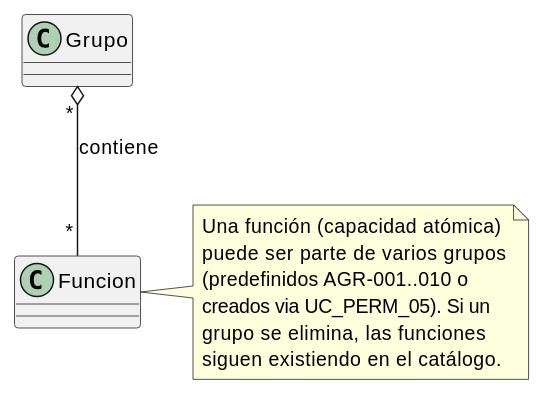
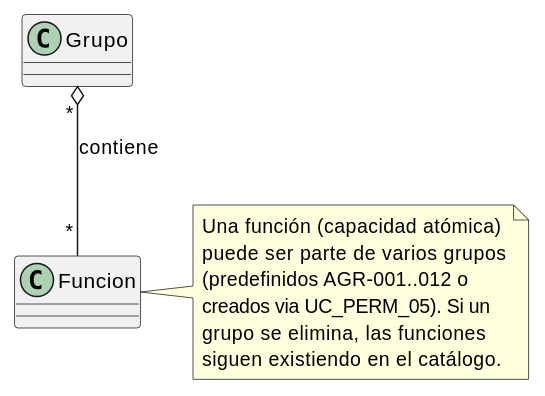
Before and after one commit to jcg-admin/IACT-docs: the ninth of 15 diagrams in source/requisitos/_metodologia-aplicacion/orientacion-objetos.rst, drawn with PlantUML. The commit also changed other lines of this file and 44 other files, not shown here.

```diff
--- a/source/requisitos/_metodologia-aplicacion/orientacion-objetos.rst
+++ b/source/requisitos/_metodologia-aplicacion/orientacion-objetos.rst
@@ -707,16 +707,16 @@
 .. uml::
 
    @startuml
 
    class Grupo
    class Funcion
    Grupo "*" o-- "*" Funcion : contiene
    note right of Funcion
      Una función (capacidad atómica)
      puede ser parte de varios grupos
-     (predefinidos AGR-001..010 o
+     (predefinidos AGR-001..012 o
      creados via UC_PERM_05). Si un
      grupo se elimina, las funciones
      siguen existiendo en el catálogo.
    end note
    @enduml
```
